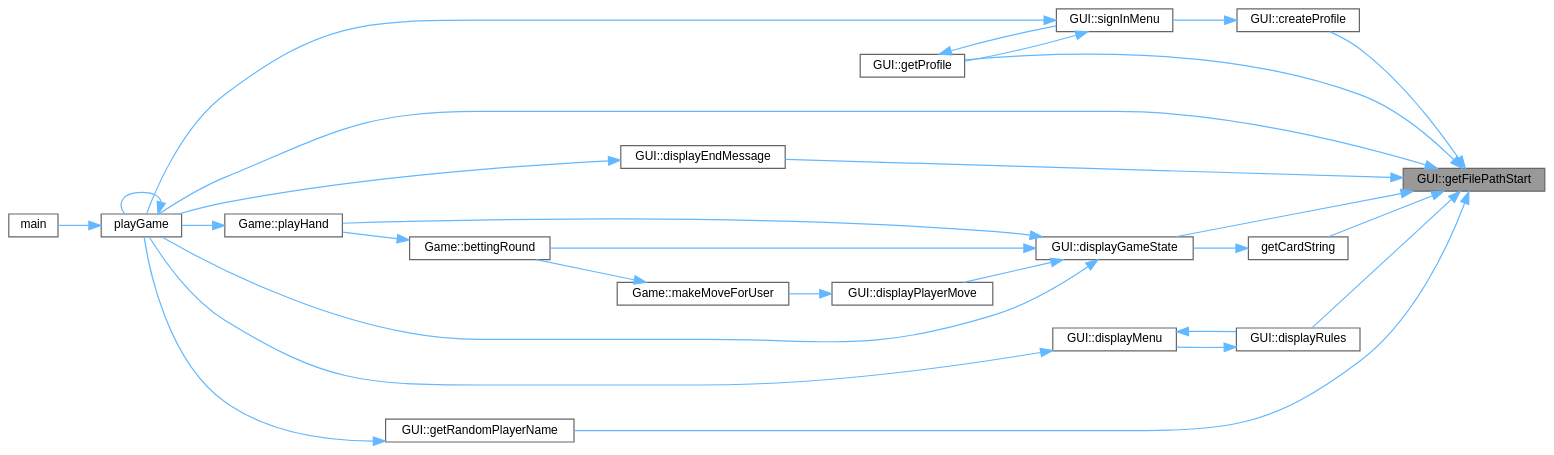
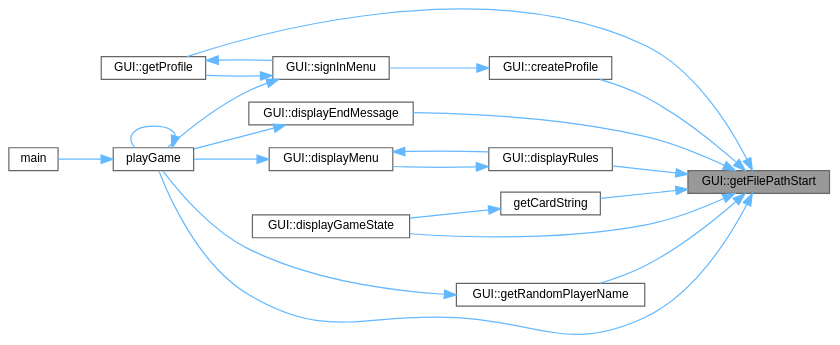
Before and after one commit to jesstyrrell/cosc345: the diagram in class_g_u_i_a1b505eb7d9252e68a4c5fa341673f1c2_icgraph.dot, drawn with Graphviz. The commit also changed 159 other files, not shown here.

```diff
--- a/class_g_u_i_a1b505eb7d9252e68a4c5fa341673f1c2_icgraph.dot
+++ b/class_g_u_i_a1b505eb7d9252e68a4c5fa341673f1c2_icgraph.dot
@@ -1,53 +1,41 @@
 digraph "GUI::getFilePathStart"
 {
  // INTERACTIVE_SVG=YES
  // LATEX_PDF_SIZE
   bgcolor="transparent";
   edge [fontname=Helvetica,fontsize=10,labelfontname=Helvetica,labelfontsize=10];
   node [fontname=Helvetica,fontsize=10,shape=box,height=0.2,width=0.4];
   rankdir="RL";
   Node1 [id="Node000001",label="GUI::getFilePathStart",height=0.2,width=0.4,color="gray40", fillcolor="grey60", style="filled", fontcolor="black",tooltip=" "];
   Node1 -> Node2 [id="edge1_Node000001_Node000002",dir="back",color="steelblue1",style="solid",tooltip=" "];
   Node2 [id="Node000002",label="GUI::createProfile",height=0.2,width=0.4,color="grey40", fillcolor="white", style="filled",URL="$class_g_u_i.html#a9e9d37ed78911ad4b67c1d7fa1c77767",tooltip="Creates a new player profile."];
   Node2 -> Node3 [id="edge2_Node000002_Node000003",dir="back",color="steelblue1",style="solid",tooltip=" "];
   Node3 [id="Node000003",label="GUI::signInMenu",height=0.2,width=0.4,color="grey40", fillcolor="white", style="filled",URL="$class_g_u_i.html#acb96e4bfa59c6929e70a33c8c45f795b",tooltip="Prompts the user to sign in."];
   Node3 -> Node4 [id="edge3_Node000003_Node000004",dir="back",color="steelblue1",style="solid",tooltip=" "];
   Node4 [id="Node000004",label="GUI::getProfile",height=0.2,width=0.4,color="grey40", fillcolor="white", style="filled",URL="$class_g_u_i.html#a00b431f2af4b04eff9dd33d987d0d772",tooltip="Gets the profile of a player from the ./data/profiles.csv file."];
   Node4 -> Node3 [id="edge4_Node000004_Node000003",dir="back",color="steelblue1",style="solid",tooltip=" "];
   Node3 -> Node5 [id="edge5_Node000003_Node000005",dir="back",color="steelblue1",style="solid",tooltip=" "];
   Node5 [id="Node000005",label="playGame",height=0.2,width=0.4,color="grey40", fillcolor="white", style="filled",URL="$main_8cpp.html#a4cbfdb17bf51e00546880626f7e80429",tooltip=" "];
   Node5 -> Node6 [id="edge6_Node000005_Node000006",dir="back",color="steelblue1",style="solid",tooltip=" "];
   Node6 [id="Node000006",label="main",height=0.2,width=0.4,color="grey40", fillcolor="white", style="filled",URL="$main_8cpp.html#a0ddf1224851353fc92bfbff6f499fa97",tooltip=" "];
   Node5 -> Node5 [id="edge7_Node000005_Node000005",dir="back",color="steelblue1",style="solid",tooltip=" "];
   Node1 -> Node7 [id="edge8_Node000001_Node000007",dir="back",color="steelblue1",style="solid",tooltip=" "];
   Node7 [id="Node000007",label="GUI::displayEndMessage",height=0.2,width=0.4,color="grey40", fillcolor="white", style="filled",URL="$class_g_u_i.html#a663dad721796a4f367c2534e1901fc97",tooltip="Displays the end message when the game is over."];
   Node7 -> Node5 [id="edge9_Node000007_Node000005",dir="back",color="steelblue1",style="solid",tooltip=" "];
   Node1 -> Node8 [id="edge10_Node000001_Node000008",dir="back",color="steelblue1",style="solid",tooltip=" "];
-  Node8 [id="Node000008",label="GUI::displayGameState",height=0.2,width=0.4,color="grey40", fillcolor="white", style="filled",URL="$class_g_u_i.html#a8f55dae107a6648458f6eb16608c66d2",tooltip="Displays the current state of the game."];
-  Node8 -> Node9 [id="edge11_Node000008_Node000009",dir="back",color="steelblue1",style="solid",tooltip=" "];
-  Node9 [id="Node000009",label="Game::bettingRound",height=0.2,width=0.4,color="grey40", fillcolor="white", style="filled",URL="$class_game.html#a0de5cbe2125b0929a0bc8d2e6cdd64d5",tooltip="Conducts a betting round."];
+  Node8 [id="Node000008",label="GUI::displayGameState",height=0.2,width=0.4,color="grey40", fillcolor="white", style="filled",URL="$class_g_u_i.html#aceab7aad7982ca405d39986bf9ffb57b",tooltip="Displays the current state of the game."];
+  Node1 -> Node9 [id="edge11_Node000001_Node000009",dir="back",color="steelblue1",style="solid",tooltip=" "];
+  Node9 [id="Node000009",label="GUI::displayRules",height=0.2,width=0.4,color="grey40", fillcolor="white", style="filled",URL="$class_g_u_i.html#aa89e71ae5dec1f83fefbc36147f2ae8d",tooltip=" "];
   Node9 -> Node10 [id="edge12_Node000009_Node000010",dir="back",color="steelblue1",style="solid",tooltip=" "];
-  Node10 [id="Node000010",label="Game::playHand",height=0.2,width=0.4,color="grey40", fillcolor="white", style="filled",URL="$class_game.html#a800a564b56220d19d800fba07903070e",tooltip="Plays a single hand of poker."];
-  Node10 -> Node5 [id="edge13_Node000010_Node000005",dir="back",color="steelblue1",style="solid",tooltip=" "];
-  Node8 -> Node11 [id="edge14_Node000008_Node000011",dir="back",color="steelblue1",style="solid",tooltip=" "];
-  Node11 [id="Node000011",label="GUI::displayPlayerMove",height=0.2,width=0.4,color="grey40", fillcolor="white", style="filled",URL="$class_g_u_i.html#a65d07a686330670f5567a3fc11fbace1",tooltip="Displays a player's move."];
-  Node11 -> Node12 [id="edge15_Node000011_Node000012",dir="back",color="steelblue1",style="solid",tooltip=" "];
-  Node12 [id="Node000012",label="Game::makeMoveForUser",height=0.2,width=0.4,color="grey40", fillcolor="white", style="filled",URL="$class_game.html#a1a44850a64799e17f43f22b560275157",tooltip="Processes a move made by the user."];
-  Node12 -> Node9 [id="edge16_Node000012_Node000009",dir="back",color="steelblue1",style="solid",tooltip=" "];
-  Node8 -> Node5 [id="edge17_Node000008_Node000005",dir="back",color="steelblue1",style="solid",tooltip=" "];
-  Node8 -> Node10 [id="edge18_Node000008_Node000010",dir="back",color="steelblue1",style="solid",tooltip=" "];
-  Node1 -> Node13 [id="edge19_Node000001_Node000013",dir="back",color="steelblue1",style="solid",tooltip=" "];
-  Node13 [id="Node000013",label="GUI::displayRules",height=0.2,width=0.4,color="grey40", fillcolor="white", style="filled",URL="$class_g_u_i.html#aa89e71ae5dec1f83fefbc36147f2ae8d",tooltip=" "];
-  Node13 -> Node14 [id="edge20_Node000013_Node000014",dir="back",color="steelblue1",style="solid",tooltip=" "];
-  Node14 [id="Node000014",label="GUI::displayMenu",height=0.2,width=0.4,color="grey40", fillcolor="white", style="filled",URL="$class_g_u_i.html#a48d92746fefe3c11de167dcddc22346f",tooltip="Displays the main menu of the game."];
-  Node14 -> Node13 [id="edge21_Node000014_Node000013",dir="back",color="steelblue1",style="solid",tooltip=" "];
-  Node14 -> Node5 [id="edge22_Node000014_Node000005",dir="back",color="steelblue1",style="solid",tooltip=" "];
-  Node1 -> Node15 [id="edge23_Node000001_Node000015",dir="back",color="steelblue1",style="solid",tooltip=" "];
-  Node15 [id="Node000015",label="getCardString",height=0.2,width=0.4,color="grey40", fillcolor="white", style="filled",URL="$_g_u_i_8cpp.html#a36b6f63142ee7d9e884ef846d5dd1a05",tooltip=" "];
-  Node15 -> Node8 [id="edge24_Node000015_Node000008",dir="back",color="steelblue1",style="solid",tooltip=" "];
-  Node1 -> Node4 [id="edge25_Node000001_Node000004",dir="back",color="steelblue1",style="solid",tooltip=" "];
-  Node1 -> Node16 [id="edge26_Node000001_Node000016",dir="back",color="steelblue1",style="solid",tooltip=" "];
-  Node16 [id="Node000016",label="GUI::getRandomPlayerName",height=0.2,width=0.4,color="grey40", fillcolor="white", style="filled",URL="$class_g_u_i.html#aec4f6946605953f5ad6a0d9899e75853",tooltip="Generate a random name for a player."];
-  Node16 -> Node5 [id="edge27_Node000016_Node000005",dir="back",color="steelblue1",style="solid",tooltip=" "];
-  Node1 -> Node5 [id="edge28_Node000001_Node000005",dir="back",color="steelblue1",style="solid",tooltip=" "];
+  Node10 [id="Node000010",label="GUI::displayMenu",height=0.2,width=0.4,color="grey40", fillcolor="white", style="filled",URL="$class_g_u_i.html#a48d92746fefe3c11de167dcddc22346f",tooltip="Displays the main menu of the game."];
+  Node10 -> Node9 [id="edge13_Node000010_Node000009",dir="back",color="steelblue1",style="solid",tooltip=" "];
+  Node10 -> Node5 [id="edge14_Node000010_Node000005",dir="back",color="steelblue1",style="solid",tooltip=" "];
+  Node1 -> Node11 [id="edge15_Node000001_Node000011",dir="back",color="steelblue1",style="solid",tooltip=" "];
+  Node11 [id="Node000011",label="getCardString",height=0.2,width=0.4,color="grey40", fillcolor="white", style="filled",URL="$_g_u_i_8cpp.html#a36b6f63142ee7d9e884ef846d5dd1a05",tooltip=" "];
+  Node11 -> Node8 [id="edge16_Node000011_Node000008",dir="back",color="steelblue1",style="solid",tooltip=" "];
+  Node1 -> Node4 [id="edge17_Node000001_Node000004",dir="back",color="steelblue1",style="solid",tooltip=" "];
+  Node1 -> Node12 [id="edge18_Node000001_Node000012",dir="back",color="steelblue1",style="solid",tooltip=" "];
+  Node12 [id="Node000012",label="GUI::getRandomPlayerName",height=0.2,width=0.4,color="grey40", fillcolor="white", style="filled",URL="$class_g_u_i.html#aec4f6946605953f5ad6a0d9899e75853",tooltip="Generate a random name for a player."];
+  Node12 -> Node5 [id="edge19_Node000012_Node000005",dir="back",color="steelblue1",style="solid",tooltip=" "];
+  Node1 -> Node5 [id="edge20_Node000001_Node000005",dir="back",color="steelblue1",style="solid",tooltip=" "];
 }
```
